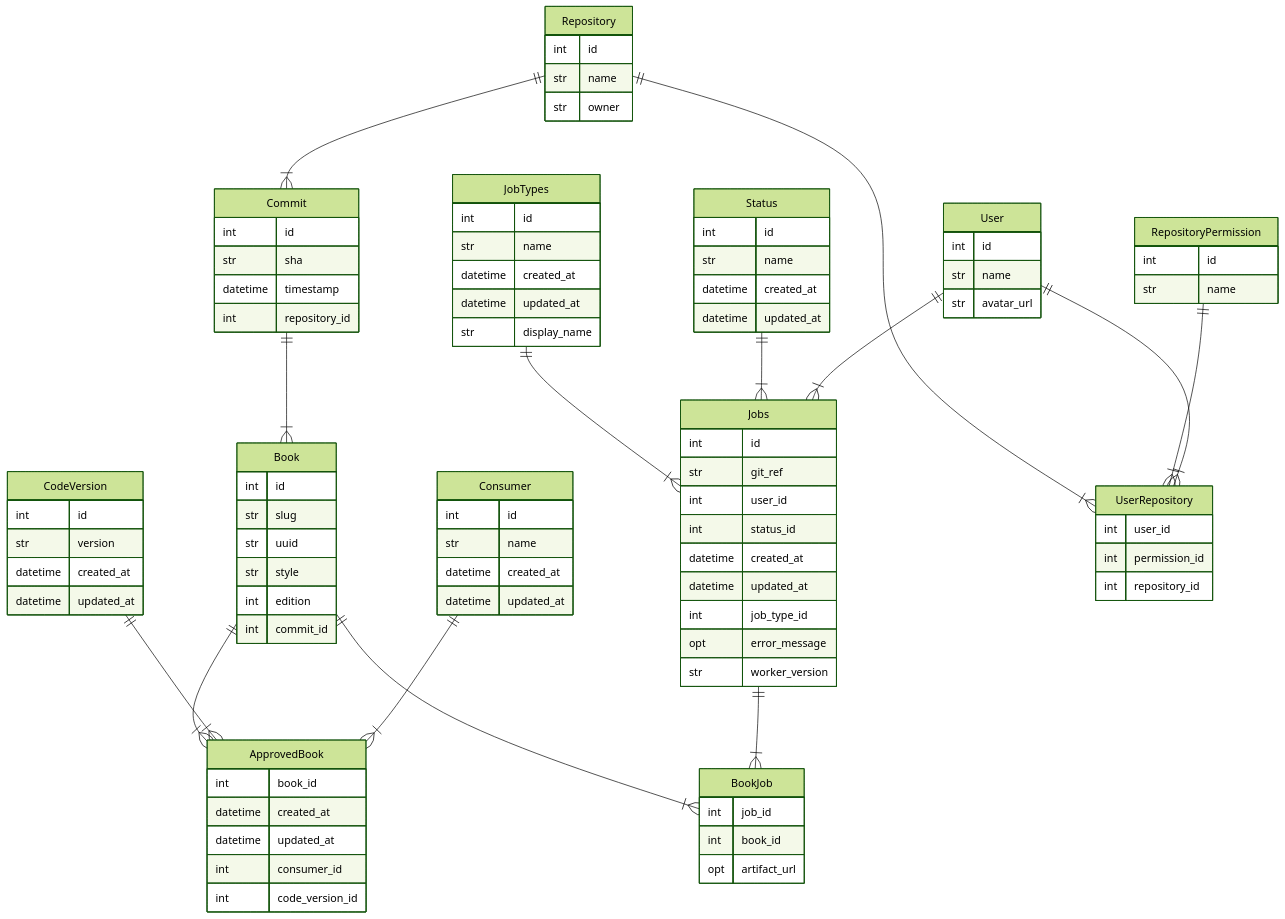
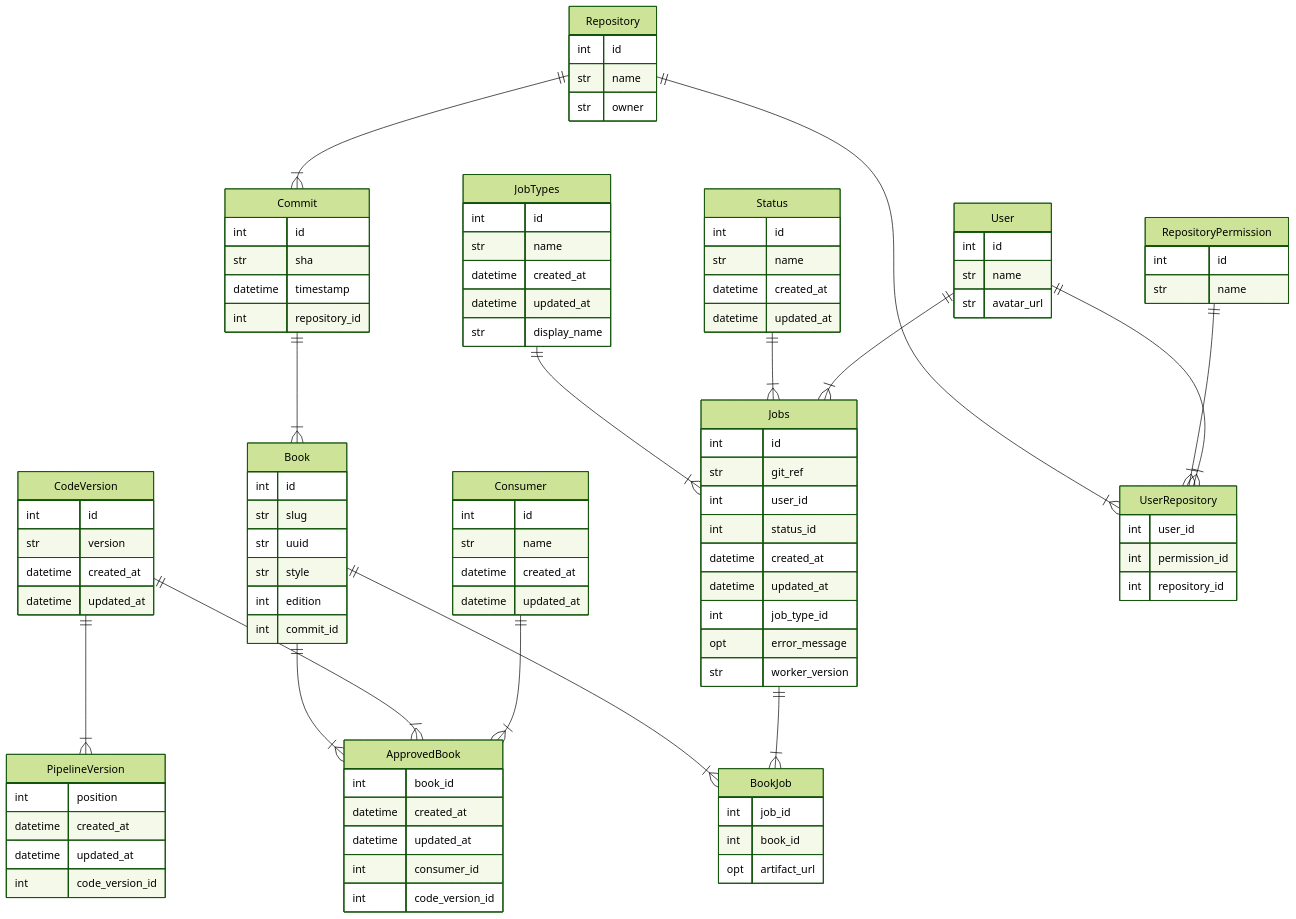
One commit to openstax/corgi changed the diagram in README.md. Above: the diagram before and after it, drawn with Mermaid (forest theme). The commit also changed other lines of this file and 26 other files, not shown here.

```diff
--- a/README.md
+++ b/README.md
@@ -393,6 +443,12 @@
         opt error_message
         str worker_version
     }
+    PipelineVersion {
+        int position
+        datetime created_at
+        datetime updated_at
+        int code_version_id
+    }
     Repository {
         int id
         str name
@@ -428,6 +484,7 @@
     JobTypes ||--|{ Jobs : ""
     Status ||--|{ Jobs : ""
     User ||--|{ Jobs : ""
+    CodeVersion ||--|{ PipelineVersion : ""
     Repository ||--|{ UserRepository : ""
     RepositoryPermission ||--|{ UserRepository : ""
     User ||--|{ UserRepository : ""
```
